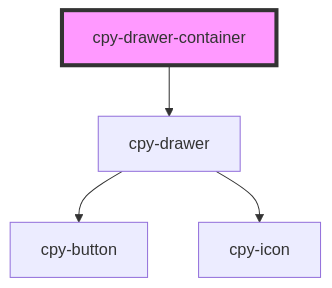
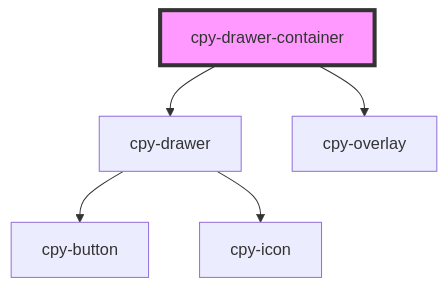
Before and after one commit to Lith1um/Canopy-Stencil: the diagram in stencil-lib/src/components/drawer-container/readme.md, drawn with Mermaid. The commit also changed other lines of this file and 5 other files, not shown here.

````diff
--- a/stencil-lib/src/components/drawer-container/readme.md
+++ b/stencil-lib/src/components/drawer-container/readme.md
@@ -42,7 +43,8 @@
 ```mermaid
 graph TD;
   cpy-drawer-container --> cpy-drawer
+  cpy-drawer-container --> cpy-overlay
   cpy-drawer --> cpy-button
   cpy-drawer --> cpy-icon
   style cpy-drawer-container fill:#f9f,stroke:#333,stroke-width:4px
 ```
````
